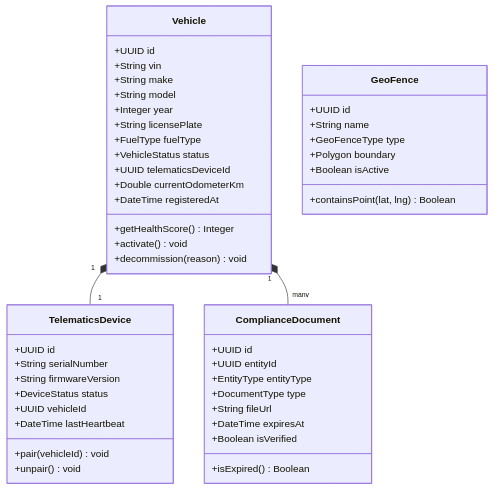
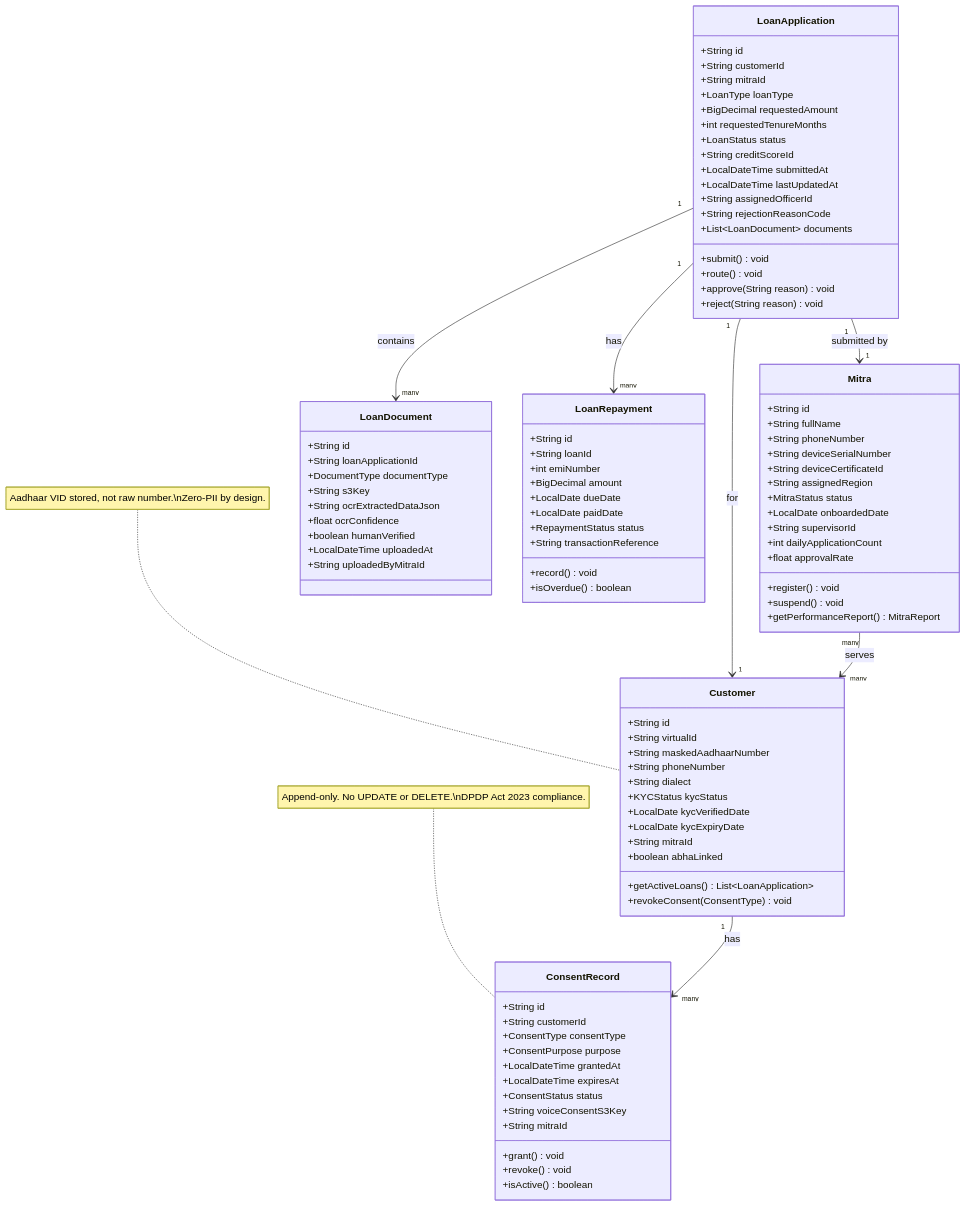
The first of 5 diagrams in CLASS_DIAGRAM.md (adityasinghz/kata), drawn with Mermaid before and after one commit. The commit also changed other lines of this file and 24 other files, not shown here.

````diff
--- a/CLASS_DIAGRAM.md
+++ b/CLASS_DIAGRAM.md
@@ -29,53 +16,104 @@
 ```mermaid
 classDiagram
-    class Vehicle {
-        +UUID id
-        +String vin
-        +String make
-        +String model
-        +Integer year
-        +String licensePlate
-        +FuelType fuelType
-        +VehicleStatus status
-        +UUID telematicsDeviceId
-        +Double currentOdometerKm
-        +DateTime registeredAt
-        +getHealthScore() Integer
-        +activate() void
-        +decommission(reason) void
+    class Mitra {
+        +String id
+        +String fullName
+        +String phoneNumber
+        +String deviceSerialNumber
+        +String deviceCertificateId
+        +String assignedRegion
+        +MitraStatus status
+        +LocalDate onboardedDate
+        +String supervisorId
+        +int dailyApplicationCount
+        +float approvalRate
+        +register() void
+        +suspend() void
+        +getPerformanceReport() MitraReport
     }
 
-    class TelematicsDevice {
-        +UUID id
-        +String serialNumber
-        +String firmwareVersion
-        +DeviceStatus status
-        +UUID vehicleId
-        +DateTime lastHeartbeat
-        +pair(vehicleId) void
-        +unpair() void
+    class Customer {
+        +String id
+        +String virtualId
+        +String maskedAadhaarNumber
+        +String phoneNumber
+        +String dialect
+        +KYCStatus kycStatus
+        +LocalDate kycVerifiedDate
+        +LocalDate kycExpiryDate
+        +String mitraId
+        +boolean abhaLinked
+        +getActiveLoans() List~LoanApplication~
+        +revokeConsent(ConsentType) void
     }
 
-    class ComplianceDocument {
-        +UUID id
-        +UUID entityId
-        +EntityType entityType
-        +DocumentType type
-        +String fileUrl
-        +DateTime expiresAt
-        +Boolean isVerified
-        +isExpired() Boolean
+    class LoanApplication {
+        +String id
+        +String customerId
+        +String mitraId
+        +LoanType loanType
+        +BigDecimal requestedAmount
+        +int requestedTenureMonths
+        +LoanStatus status
+        +String creditScoreId
+        +LocalDateTime submittedAt
+        +LocalDateTime lastUpdatedAt
+        +String assignedOfficerId
+        +String rejectionReasonCode
+        +List~LoanDocument~ documents
+        +submit() void
+        +route() void
+        +approve(String reason) void
+        +reject(String reason) void
     }
 
-    class GeoFence {
-        +UUID id
-        +String name
-        +GeoFenceType type
-        +Polygon boundary
-        +Boolean isActive
-        +containsPoint(lat, lng) Boolean
+    class LoanDocument {
+        +String id
+        +String loanApplicationId
+        +DocumentType documentType
+        +String s3Key
+        +String ocrExtractedDataJson
+        +float ocrConfidence
+        +boolean humanVerified
+        +LocalDateTime uploadedAt
+        +String uploadedByMitraId
     }
 
-    Vehicle "1" *-- "1" TelematicsDevice
-    Vehicle "1" *-- "many" ComplianceDocument
+    class ConsentRecord {
+        +String id
+        +String customerId
+        +ConsentType consentType
+        +ConsentPurpose purpose
+        +LocalDateTime grantedAt
+        +LocalDateTime expiresAt
+        +ConsentStatus status
+        +String voiceConsentS3Key
+        +String mitraId
+        +grant() void
+        +revoke() void
+        +isActive() boolean
+    }
+
+    class LoanRepayment {
+        +String id
+        +String loanId
+        +int emiNumber
+        +BigDecimal amount
+        +LocalDate dueDate
+        +LocalDate paidDate
+        +RepaymentStatus status
+        +String transactionReference
+        +record() void
+        +isOverdue() boolean
+    }
+
+    LoanApplication "1" --> "many" LoanDocument : contains
+    LoanApplication "1" --> "1" Customer : for
+    LoanApplication "1" --> "1" Mitra : submitted by
+    LoanApplication "1" --> "many" LoanRepayment : has
+    Customer "1" --> "many" ConsentRecord : has
+    Mitra "many" --> "many" Customer : serves
+
+    note for ConsentRecord "Append-only. No UPDATE or DELETE.\nDPDP Act 2023 compliance."
+    note for Customer "Aadhaar VID stored, not raw number.\nZero-PII by design."
 ```
````
